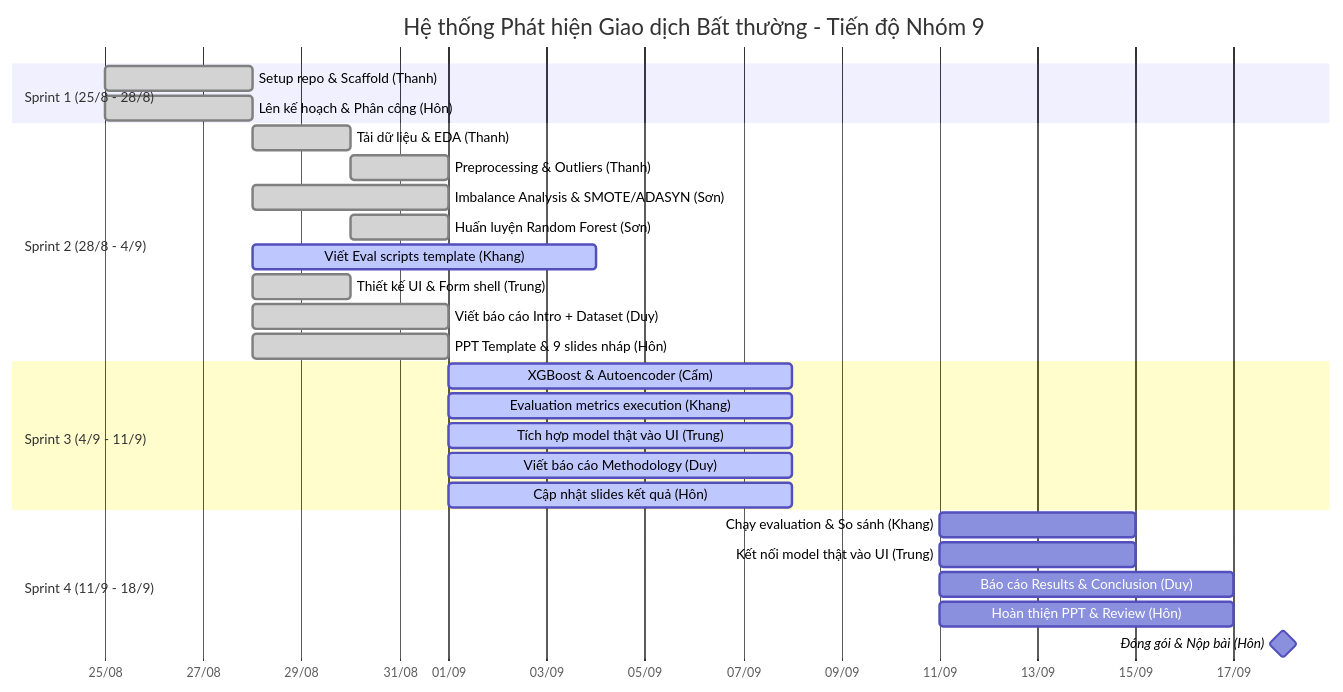
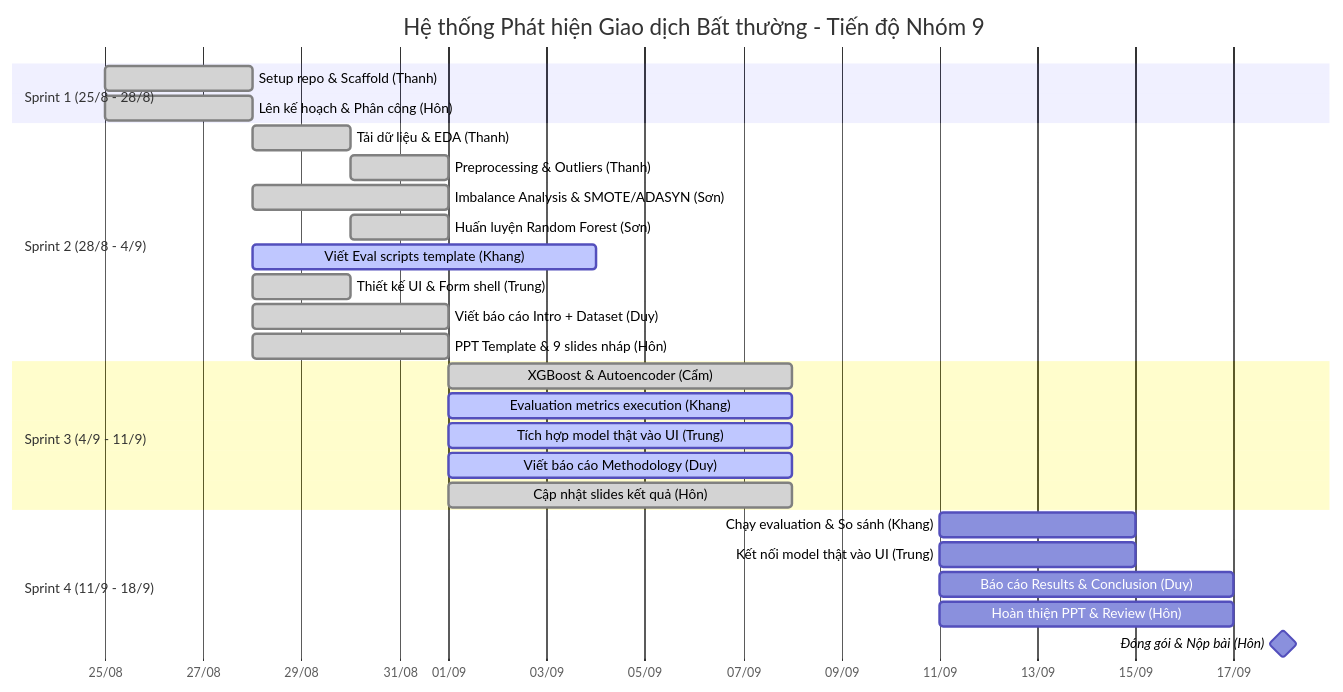
One commit to uit-25730067-chithanh/CS106-Team09-Fraud-Detection changed the diagram in draft/fraud-detection/docs/project-roadmap.md. Above: the diagram before and after it, drawn with Mermaid. The commit also changed other lines of this file, not shown here.

First line of the commit message:
docs(roadmap): fix Khang Sprint 2 task statuses and Cẩm Gantt markers

````diff
--- a/draft/fraud-detection/docs/project-roadmap.md
+++ b/draft/fraud-detection/docs/project-roadmap.md
@@ -13,35 +13,35 @@
 ```mermaid
 gantt
     title Hệ thống Phát hiện Giao dịch Bất thường - Tiến độ Nhóm 9
     dateFormat  YYYY-MM-DD
     axisFormat  %d/%m
     tickInterval 1w
 
     section Sprint 1 (25/8 - 28/8)
     Setup repo & Scaffold (Thanh)        :done, s1_1, 2026-08-25, 2026-08-28
     Lên kế hoạch & Phân công (Hôn)      :done, s1_2, 2026-08-25, 2026-08-28
 
     section Sprint 2 (28/8 - 4/9)
     Tải dữ liệu & EDA (Thanh)            :done, s2_1, 2026-08-28, 2d
     Preprocessing & Outliers (Thanh)     :done, s2_2, 2026-08-30, 2d
     Imbalance Analysis & SMOTE/ADASYN (Sơn) :done, s2_3, 2026-08-28, 4d
     Huấn luyện Random Forest (Sơn)       :done, s2_4, 2026-08-30, 2d
     Viết Eval scripts template (Khang)   :active, s2_5, 2026-08-28, 7d
     Thiết kế UI & Form shell (Trung)     :done, s2_6, 2026-08-28, 2d
     Viết báo cáo Intro + Dataset (Duy)   :done, s2_7, 2026-08-28, 4d
     PPT Template & 9 slides nháp (Hôn)   :done, s2_8, 2026-08-28, 4d
 
     section Sprint 3 (4/9 - 11/9)
-    XGBoost & Autoencoder (Cẩm)          :active, s3_1, 2026-09-01, 7d
+    XGBoost & Autoencoder (Cẩm)          :done, s3_1, 2026-09-01, 7d
     Evaluation metrics execution (Khang) :active, s3_2, 2026-09-01, 7d
     Tích hợp model thật vào UI (Trung)   :active, s3_3, 2026-09-01, 7d
     Viết báo cáo Methodology (Duy)       :active, s3_4, 2026-09-01, 7d
-    Cập nhật slides kết quả (Hôn)        :active, s3_5, 2026-09-01, 7d
+    Cập nhật slides kết quả (Hôn)        :done, s3_5, 2026-09-01, 7d
 
     section Sprint 4 (11/9 - 18/9)
     Chạy evaluation & So sánh (Khang)   :s4_1, 2026-09-11, 4d
     Kết nối model thật vào UI (Trung)    :s4_2, 2026-09-11, 4d
     Báo cáo Results & Conclusion (Duy)   :s4_3, 2026-09-11, 6d
     Hoàn thiện PPT & Review (Hôn)        :s4_4, 2026-09-11, 6d
     Đóng gói & Nộp bài (Hôn)             :milestone, s4_5, 2026-09-18, 0d
 ```
````
